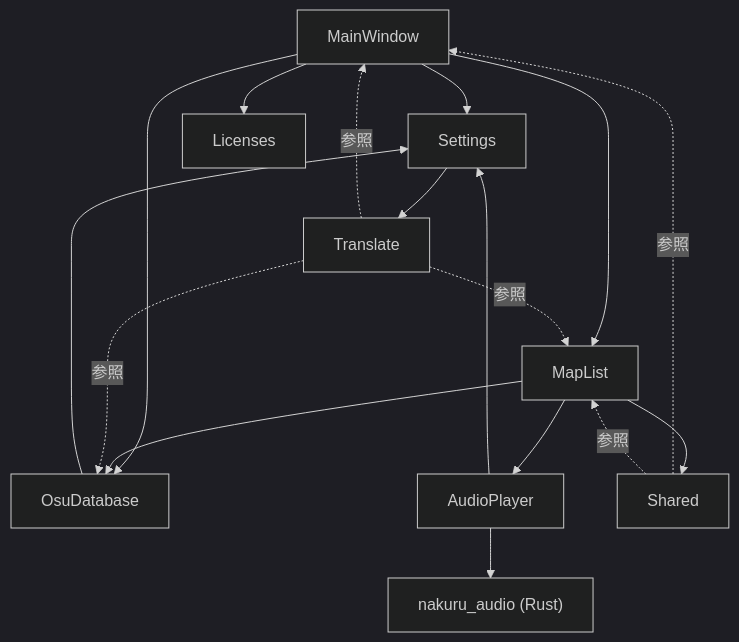
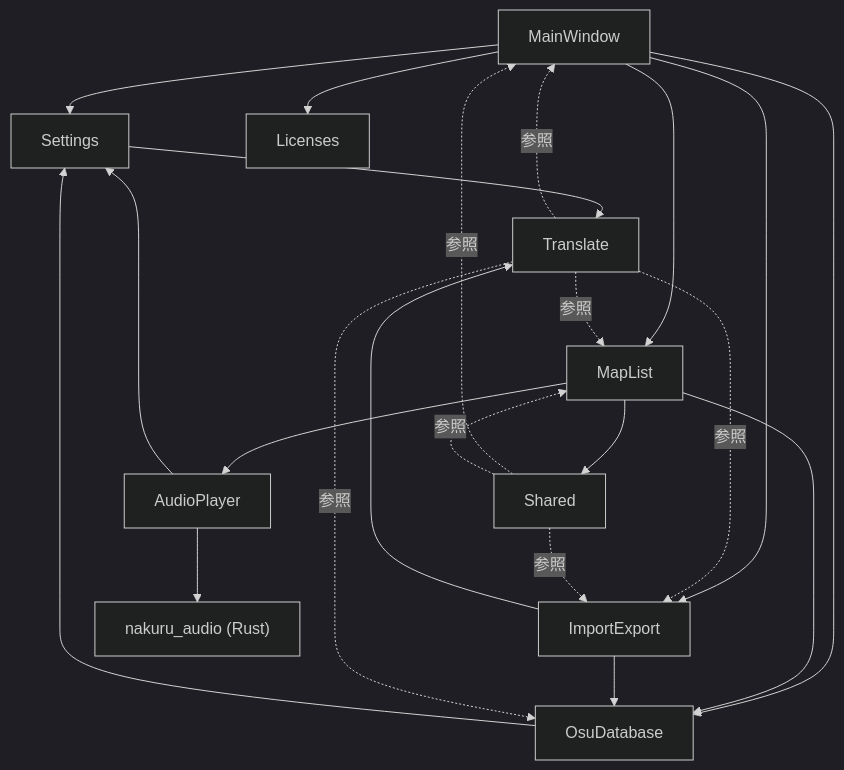
Before and after one commit to rice5941/NakuruTool_Avalonia_AOT: the diagram in docs/ARCHITECTURE.md, drawn with Mermaid (dark theme). The commit also changed other lines of this file and 25 other files, not shown here.

````diff
--- a/docs/ARCHITECTURE.md
+++ b/docs/ARCHITECTURE.md
@@ -188,19 +194,24 @@
 ```mermaid
 graph TD
     MW[MainWindow] --> Settings
     MW --> OsuDatabase
     MW --> MapList
+    MW --> ImportExport
     MW --> Licenses
     MapList --> OsuDatabase
     MapList --> AudioPlayer
     MapList --> Shared
+    ImportExport --> OsuDatabase
+    ImportExport --> Translate
     AudioPlayer --> Settings
     AudioPlayer --> NativeLib["nakuru_audio (Rust)"]
     OsuDatabase --> Settings
     Settings --> Translate
     Translate -.->|参照| MW
     Translate -.->|参照| MapList
     Translate -.->|参照| OsuDatabase
+    Translate -.->|参照| ImportExport
     Shared -.->|参照| MW
     Shared -.->|参照| MapList
+    Shared -.->|参照| ImportExport
 ```
````
